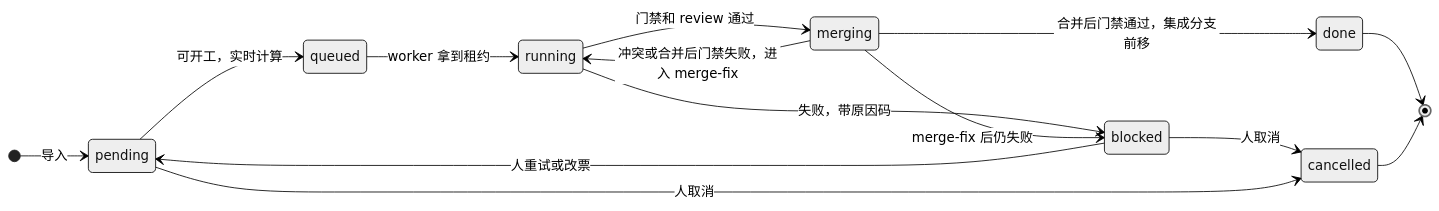
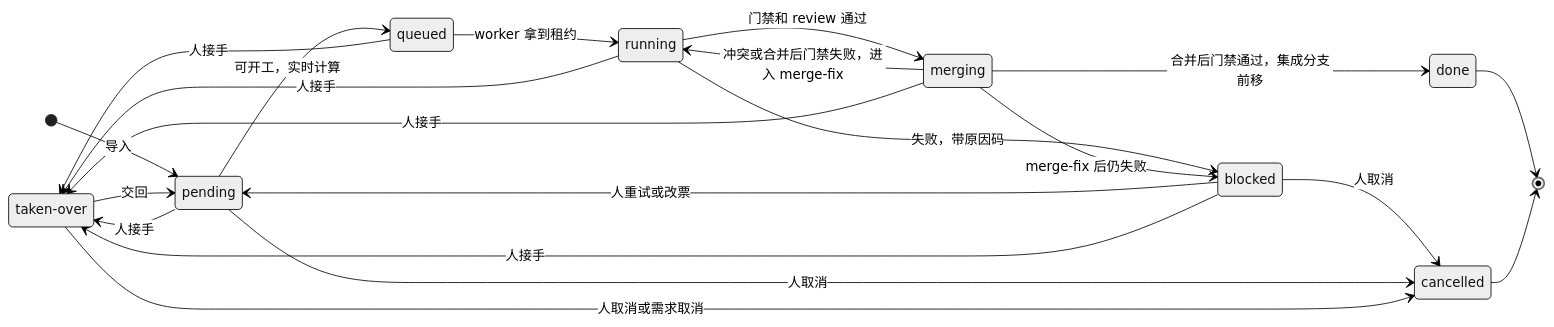
The seventh of 24 diagrams in docs/design.md (xxh171015/afk-platform), drawn with Mermaid (neutral theme) before and after one commit. The commit also changed other lines of this file and 22 other files, not shown here.

````diff
--- a/docs/design.md
+++ b/docs/design.md
@@ -472,17 +472,25 @@
 ```mermaid
 stateDiagram-v2
     direction LR
+    state "taken-over" as taken_over
     [*] --> pending: 导入
     pending --> queued: 可开工，实时计算
     queued --> running: worker 拿到租约
     running --> merging: 门禁和 review 通过
     merging --> running: 冲突或合并后门禁失败，进入 merge-fix
     merging --> done: 合并后门禁通过，集成分支前移
     running --> blocked: 失败，带原因码
     merging --> blocked: merge-fix 后仍失败
     blocked --> pending: 人重试或改票
     blocked --> cancelled: 人取消
     pending --> cancelled: 人取消
+    pending --> taken_over: 人接手
+    queued --> taken_over: 人接手
+    running --> taken_over: 人接手
+    merging --> taken_over: 人接手
+    blocked --> taken_over: 人接手
+    taken_over --> pending: 交回
+    taken_over --> cancelled: 人取消或需求取消
     done --> [*]
     cancelled --> [*]
 ```
````
